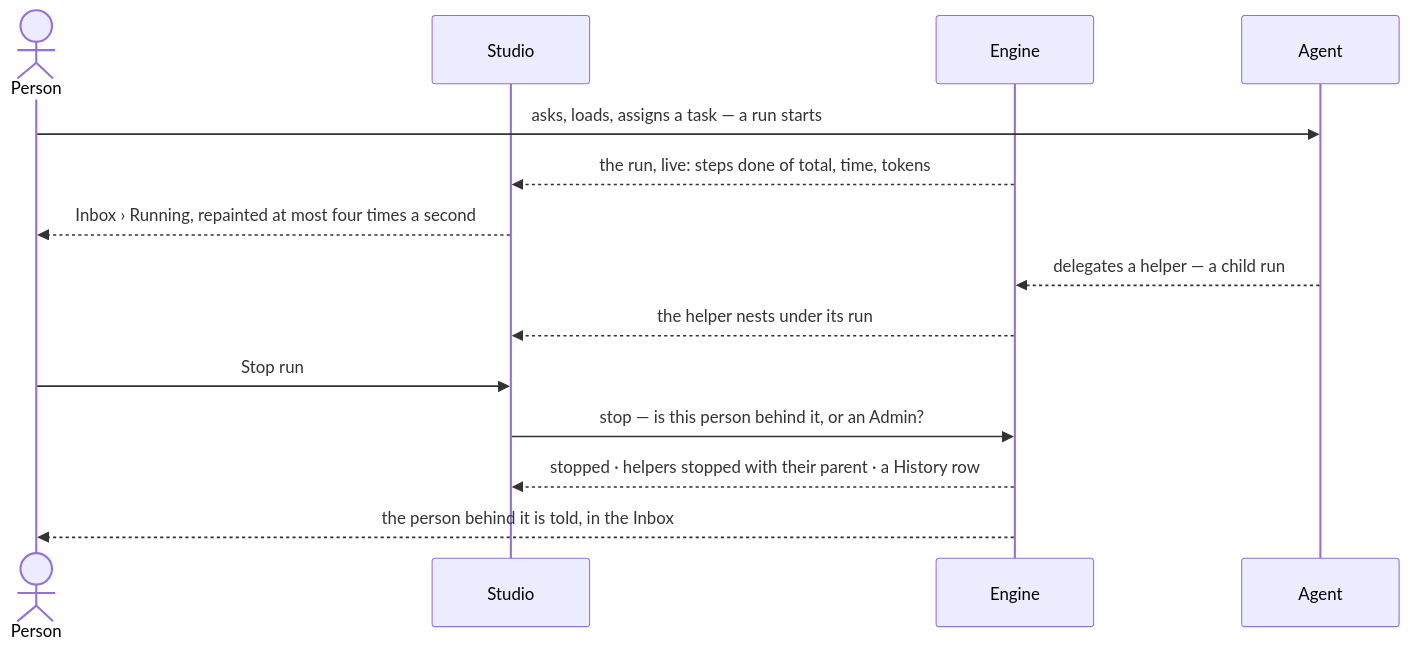
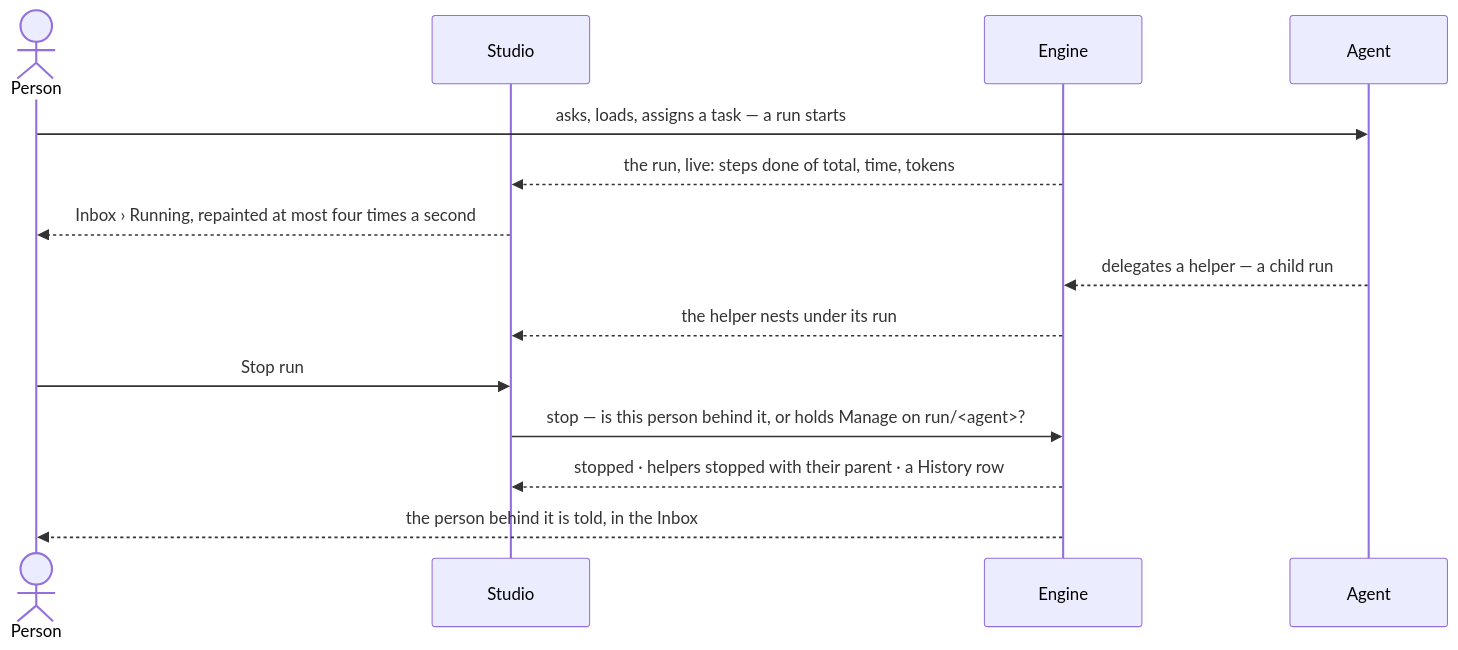
One commit to invana/invana changed the third of 4 diagrams in specs/os/control/features/CP-F10-runs-and-how-the-agents-are-doing/feature.md. Above: the diagram before and after it, drawn with Mermaid. The commit also changed other lines of this file and 228 other files, not shown here.

````diff
--- a/specs/os/control/features/CP-F10-runs-and-how-the-agents-are-doing/feature.md
+++ b/specs/os/control/features/CP-F10-runs-and-how-the-agents-are-doing/feature.md
@@ -86,16 +86,16 @@
 ```mermaid
 sequenceDiagram
   actor P as Person
   participant S as Studio
   participant E as Engine
   participant A as Agent
   P->>A: asks, loads, assigns a task — a run starts
   E-->>S: the run, live: steps done of total, time, tokens
   S-->>P: Inbox › Running, repainted at most four times a second
   A-->>E: delegates a helper — a child run
   E-->>S: the helper nests under its run
   P->>S: Stop run
-  S->>E: stop — is this person behind it, or an Admin?
+  S->>E: stop — is this person behind it, or holds Manage on run/<agent>?
   E-->>S: stopped · helpers stopped with their parent · a History row
   E-->>P: the person behind it is told, in the Inbox
 ```
````
